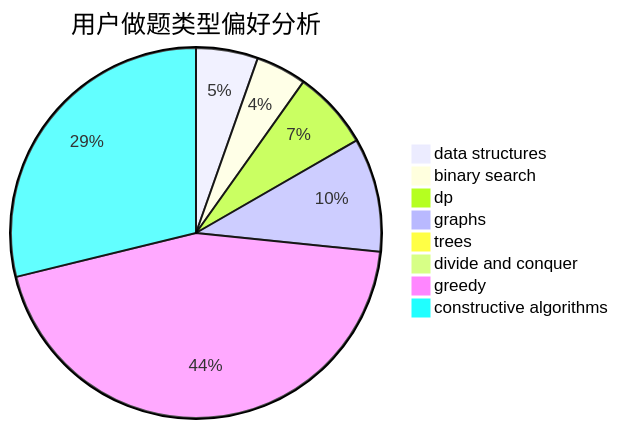
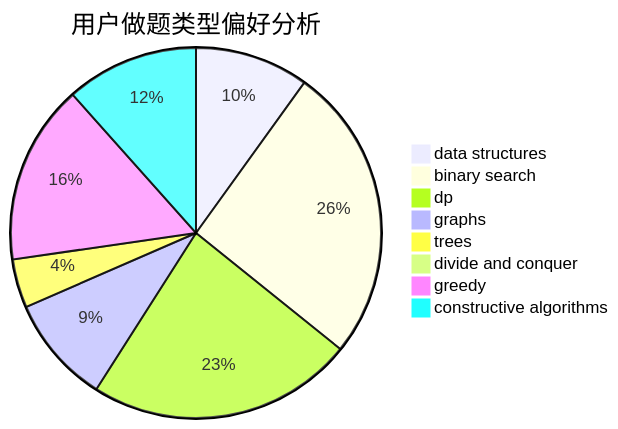
One commit to sherpahu/cfrs.github.io changed the second of 3 diagrams in docs/user/u1471.md. Above: the diagram before and after it, drawn with Mermaid. The commit also changed other lines of this file and 2770 other files, not shown here.

````diff
--- a/docs/user/u1471.md
+++ b/docs/user/u1471.md
@@ -23,11 +23,11 @@
 ```mermaid
 pie title 用户做题类型偏好分析
-    "data structures" :  94
-    "binary search" :  77
-    "dp" :  119
-    "graphs" :  173
-    "trees" :  6
-    "divide and conquer" :  0
-    "greedy" :  775
-    "constructive algorithms" :  501
+    "data structures" :  138
+    "binary search" :  359
+    "dp" :  323
+    "graphs" :  131
+    "trees" :  59
+    "divide and conquer" :  2
+    "greedy" :  218
+    "constructive algorithms" :  161
 ```
````
